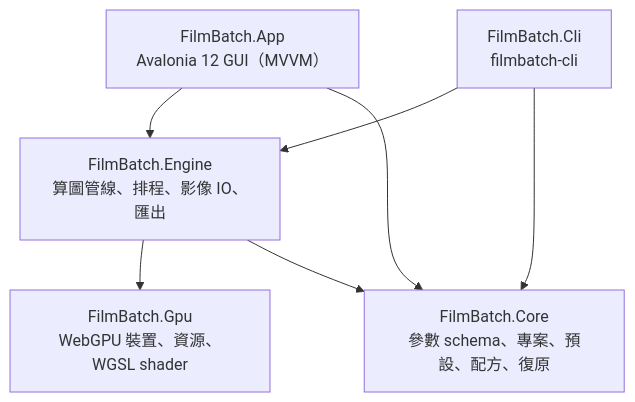
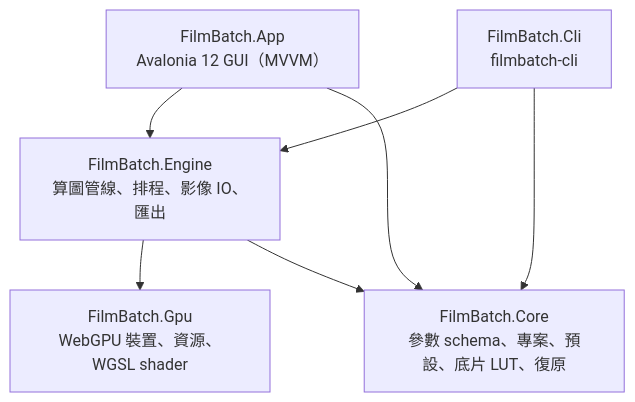
One commit to minexo79/FilmBatch changed the first of 5 diagrams in docs/architecture.md. Above: the diagram before and after it, drawn with Mermaid. The commit also changed other lines of this file and 4 other files, not shown here.

Commit message:
Document Nik-style film looks and RawTherapee LUT attribution

````diff
--- a/docs/architecture.md
+++ b/docs/architecture.md
@@ -51,11 +52,11 @@
 ```mermaid
 flowchart TB
     App["FilmBatch.App<br/>Avalonia 12 GUI（MVVM）"] --> Engine
     Cli["FilmBatch.Cli<br/>filmbatch-cli"] --> Engine
     App --> Core
     Cli --> Core
     Engine["FilmBatch.Engine<br/>算圖管線、排程、影像 IO、匯出"] --> Gpu
     Engine --> Core
     Gpu["FilmBatch.Gpu<br/>WebGPU 裝置、資源、WGSL shader"]
-    Core["FilmBatch.Core<br/>參數 schema、專案、預設、配方、復原"]
+    Core["FilmBatch.Core<br/>參數 schema、專案、預設、底片 LUT、復原"]
 ```
````
